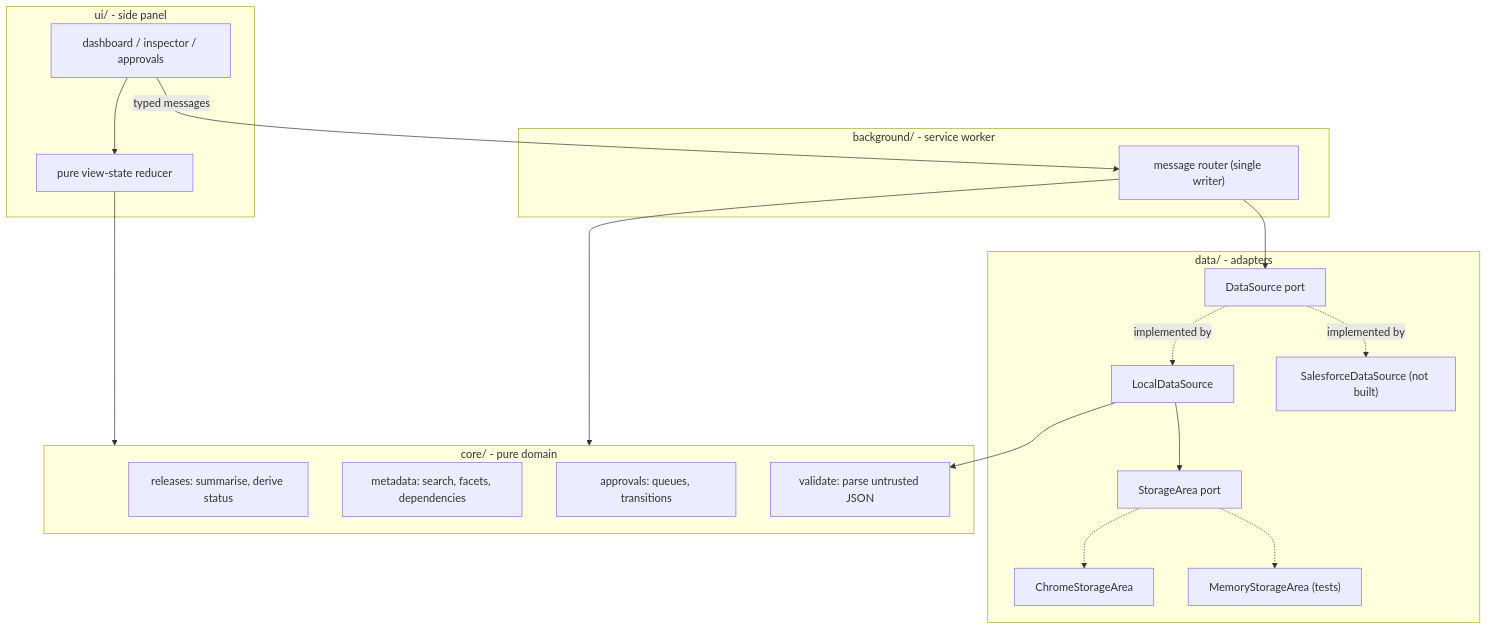
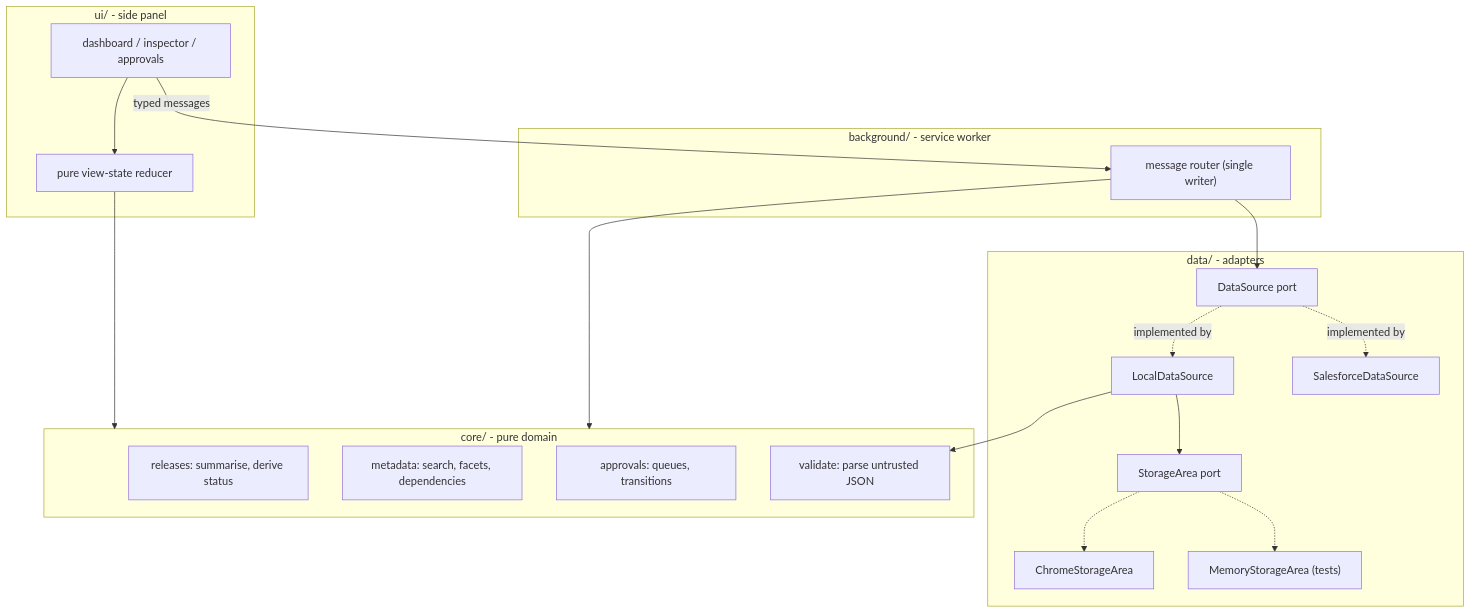
One commit to muraliseelam/sf-releaselens changed the diagram in README.md. Above: the diagram before and after it, drawn with Mermaid. The commit also changed other lines of this file and 5 other files, not shown here.

````diff
--- a/README.md
+++ b/README.md
@@ -66,36 +118,36 @@
 ```mermaid
 flowchart TD
     subgraph UI["ui/ - side panel"]
         V["dashboard / inspector / approvals"]
         VS["pure view-state reducer"]
     end
     subgraph BG["background/ - service worker"]
         R["message router (single writer)"]
     end
     subgraph DATA["data/ - adapters"]
         DS["DataSource port"]
         LDS["LocalDataSource"]
         SA["StorageArea port"]
         CS["ChromeStorageArea"]
         MS["MemoryStorageArea (tests)"]
-        SFDS["SalesforceDataSource (not built)"]
+        SFDS["SalesforceDataSource"]
     end
     subgraph CORE["core/ - pure domain"]
         RS["releases: summarise, derive status"]
         MD["metadata: search, facets, dependencies"]
         AP["approvals: queues, transitions"]
         VAL["validate: parse untrusted JSON"]
     end
 
     V --> VS
     V -- typed messages --> R
     R --> DS
     DS -.implemented by.-> LDS
     DS -.implemented by.-> SFDS
     LDS --> SA
     SA -.-> CS
     SA -.-> MS
     R --> CORE
     VS --> CORE
     LDS --> VAL
 ```
````
